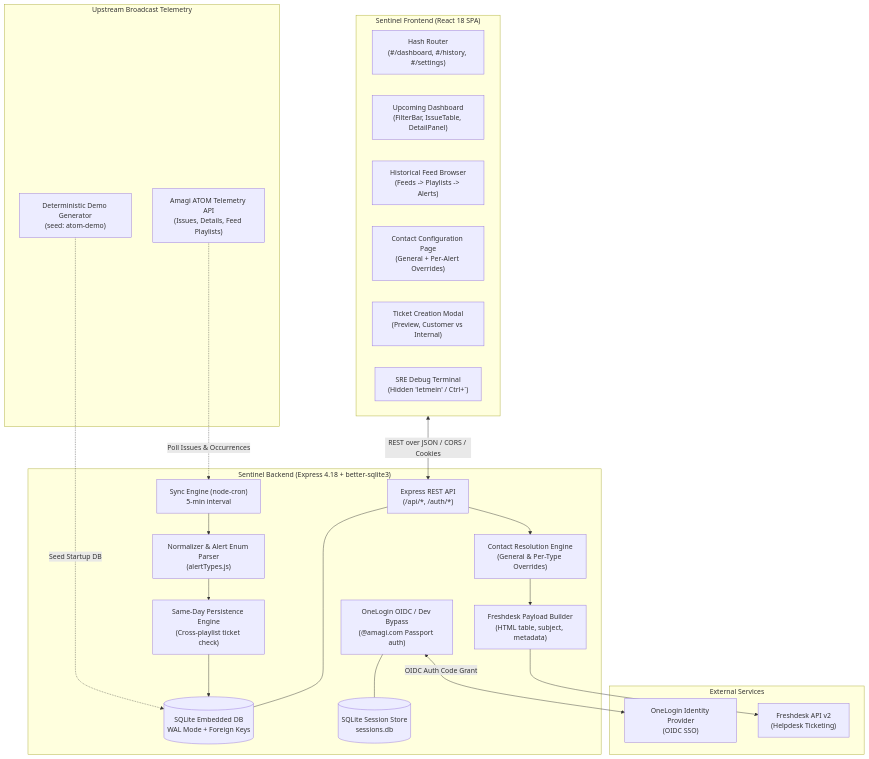
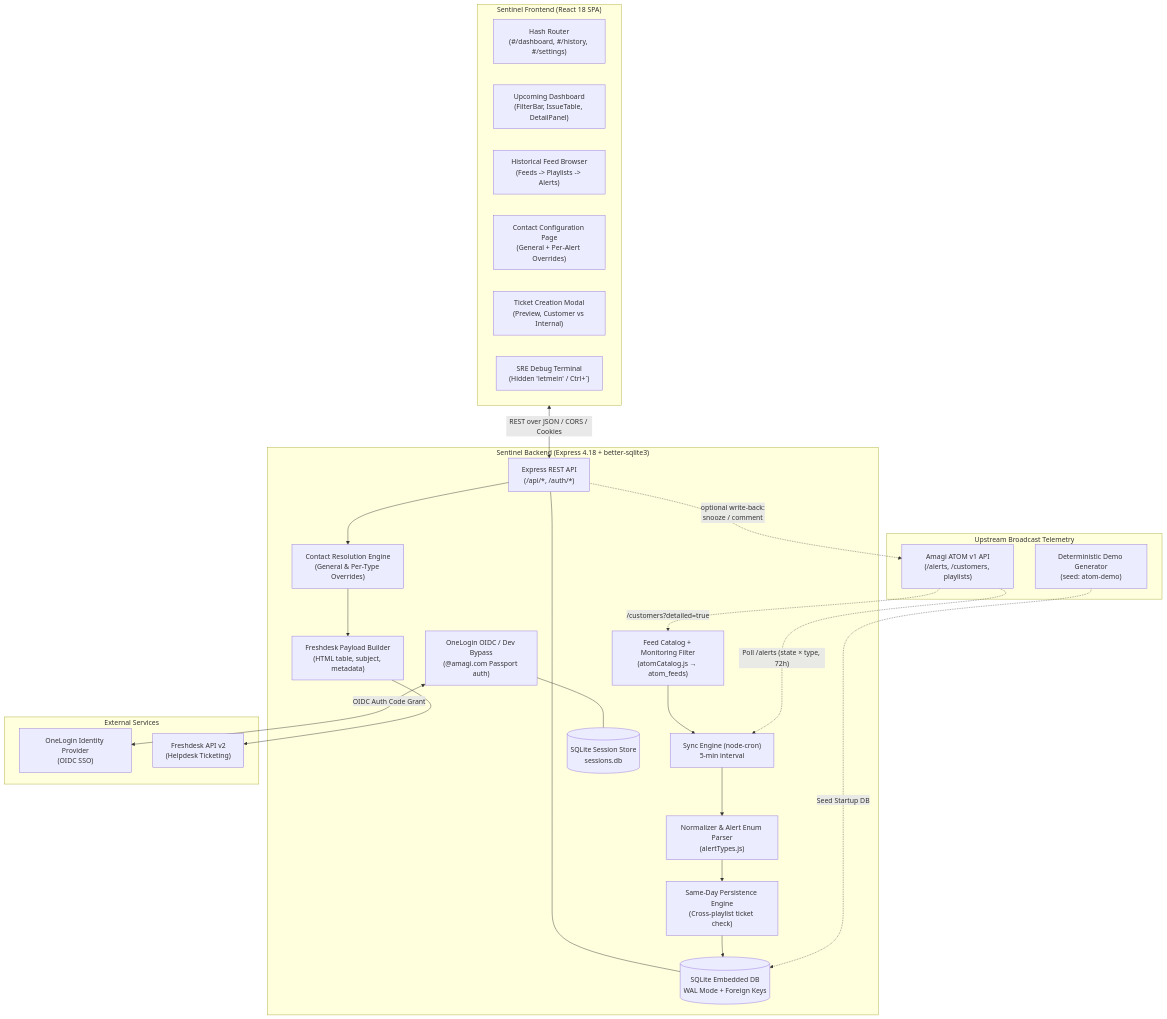
The first of 4 diagrams in docs/ARCHITECTURE.md (aditya-amagi/Sentinel), drawn with Mermaid before and after one commit. The commit also changed other lines of this file and 37 other files, not shown here.

````diff
--- a/docs/ARCHITECTURE.md
+++ b/docs/ARCHITECTURE.md
@@ -22,42 +23,46 @@
 ```mermaid
 flowchart TD
     subgraph Upstream["Upstream Broadcast Telemetry"]
-        ATOM["Amagi ATOM Telemetry API<br/>(Issues, Details, Feed Playlists)"]
+        ATOM["Amagi ATOM v1 API<br/>(/alerts, /customers, playlists)"]
         DEMO["Deterministic Demo Generator<br/>(seed: atom-demo)"]
     end
 
     subgraph BackendEngine["Sentinel Backend (Express 4.18 + better-sqlite3)"]
         SYNC["Sync Engine (node-cron)<br/>5-min interval"]
+        CAT["Feed Catalog + Monitoring Filter<br/>(atomCatalog.js → atom_feeds)"]
         NORM["Normalizer & Alert Enum Parser<br/>(alertTypes.js)"]
         PERSIST["Same-Day Persistence Engine<br/>(Cross-playlist ticket check)"]
         CONTACTS["Contact Resolution Engine<br/>(General & Per-Type Overrides)"]
         PAYLOAD["Freshdesk Payload Builder<br/>(HTML table, subject, metadata)"]
         DB[(SQLite Embedded DB<br/>WAL Mode + Foreign Keys)]
         AUTH["OneLogin OIDC / Dev Bypass<br/>(@amagi.com Passport auth)"]
         SESS[(SQLite Session Store<br/>sessions.db)]
         API["Express REST API<br/>(/api/*, /auth/*)"]
     end
 
     subgraph ExternalIntegrations["External Services"]
         ONELOGIN["OneLogin Identity Provider<br/>(OIDC SSO)"]
         FRESHDESK["Freshdesk API v2<br/>(Helpdesk Ticketing)"]
     end
 
     subgraph FrontendSPA["Sentinel Frontend (React 18 SPA)"]
         ROUTER["Hash Router<br/>(#/dashboard, #/history, #/settings)"]
         DASH["Upcoming Dashboard<br/>(FilterBar, IssueTable, DetailPanel)"]
         HIST["Historical Feed Browser<br/>(Feeds -> Playlists -> Alerts)"]
         CONF["Contact Configuration Page<br/>(General + Per-Alert Overrides)"]
         TICKMOD["Ticket Creation Modal<br/>(Preview, Customer vs Internal)"]
         SRECON["SRE Debug Terminal<br/>(Hidden 'letmein' / Ctrl+`)"]
     end
 
-    ATOM -.->|Poll Issues & Occurrences| SYNC
+    ATOM -.->|"Poll /alerts (state × type, 72h)"| SYNC
+    ATOM -.->|"/customers?detailed=true"| CAT
+    CAT --> SYNC
+    API -.->|"optional write-back:<br/>snooze / comment"| ATOM
     DEMO -.->|Seed Startup DB| DB
     SYNC --> NORM --> PERSIST --> DB
     AUTH <-->|OIDC Auth Code Grant| ONELOGIN
     AUTH --- SESS
     API --- DB
     API --> CONTACTS --> PAYLOAD --> FRESHDESK
     FrontendSPA <-->|REST over JSON / CORS / Cookies| API
 ```
````
